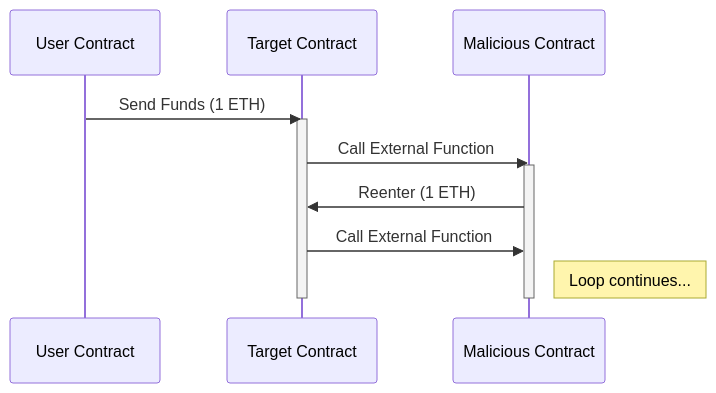
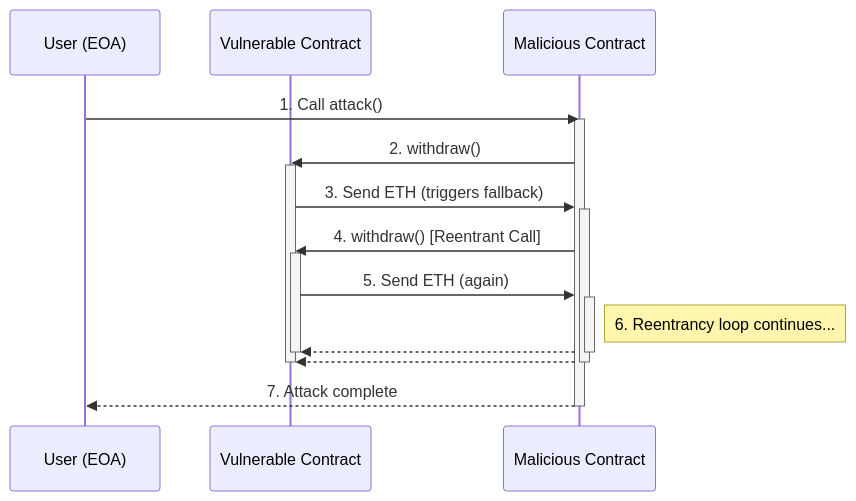
The sixth of 10 diagrams in gno-tutorials/short-video/inter-realm/slides.md (samouraiworld/peerdev), drawn with Mermaid before and after one commit. The commit also changed other lines of this file and 7 other files, not shown here.

````diff
--- a/gno-tutorials/short-video/inter-realm/slides.md
+++ b/gno-tutorials/short-video/inter-realm/slides.md
@@ -110,16 +111,26 @@
-```mermaid
+```mermaid {scale: 0.8}
 sequenceDiagram
-  participant User as User Contract
-  participant Target as Target Contract
+  participant User as User (EOA)
+  participant Target as Vulnerable Contract
   participant Malicious as Malicious Contract
 
-  User->>Target: Send Funds (1 ETH)
+  User->>Malicious: 1. Call attack()
+  activate Malicious
+  Malicious->>Target: 2. withdraw() 
   activate Target
-  Target->>Malicious: Call External Function
+  Target->>Malicious: 3. Send ETH (triggers fallback)
   activate Malicious
-  Malicious->>Target: Reenter (1 ETH)
-  Target->>Malicious: Call External Function
-  Note right of Malicious: Loop continues...
+  Malicious->>Target: 4. withdraw() [Reentrant Call]
+  activate Target
+  Target->>Malicious: 5. Send ETH (again)
+  activate Malicious
+  Note right of Malicious: 6. Reentrancy loop continues...
+  Malicious-->>Target: 
   deactivate Malicious
   deactivate Target
+  Malicious-->>Target: 
+  deactivate Malicious
+  deactivate Target
+  Malicious-->>User: 7. Attack complete
+  deactivate Malicious
 ```
````
